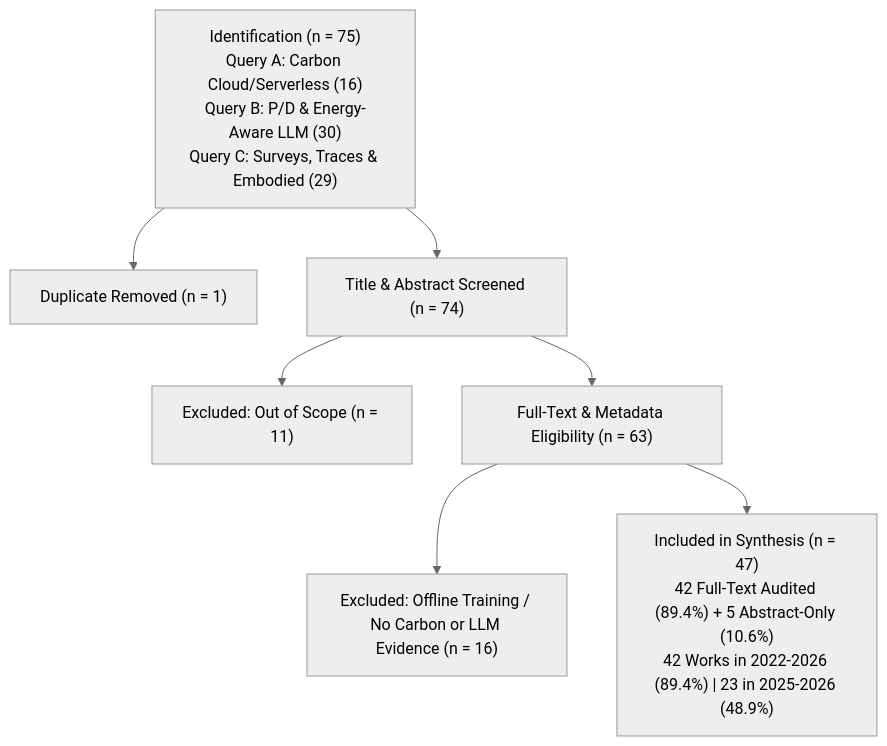
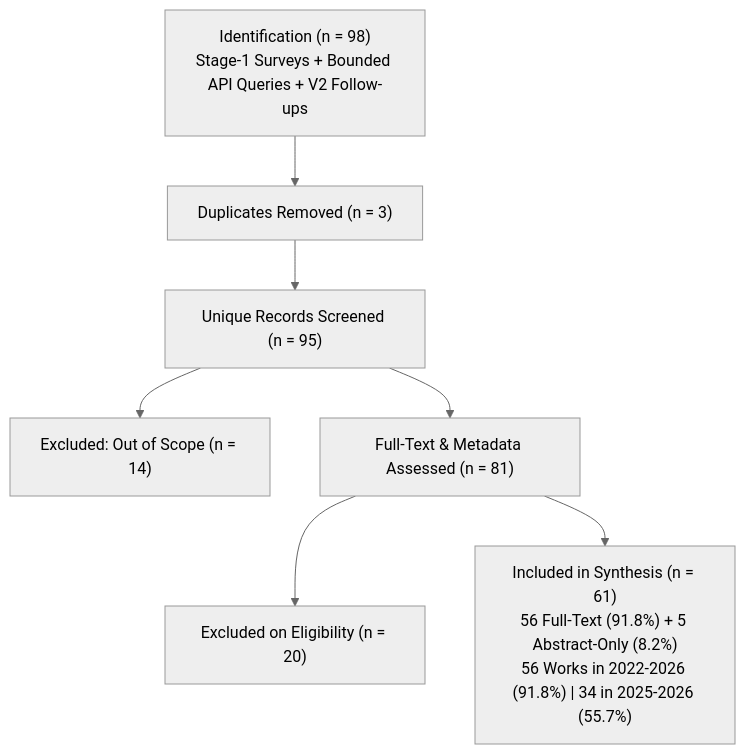
The second of 2 diagrams in README.md (UmarIqbal000/carbon-aware-llm-scheduling), drawn with Mermaid (neutral theme) before and after one commit. The commit also changed other lines of this file and 3 other files, not shown here.

````diff
--- a/README.md
+++ b/README.md
@@ -58,9 +58,9 @@
 ```mermaid
 flowchart TD
-    Q["Identification (n = 75)\nQuery A: Carbon Cloud/Serverless (16)\nQuery B: P/D & Energy-Aware LLM (30)\nQuery C: Surveys, Traces & Embodied (29)"] --> D["Duplicate Removed (n = 1)"]
-    Q --> S["Title & Abstract Screened (n = 74)"]
-    S --> EX1["Excluded: Out of Scope (n = 11)"]
-    S --> EL["Full-Text & Metadata Eligibility (n = 63)"]
-    EL --> EX2["Excluded: Offline Training / No Carbon or LLM Evidence (n = 16)"]
-    EL --> INC["Included in Synthesis (n = 47)\n42 Full-Text Audited (89.4%) + 5 Abstract-Only (10.6%)\n42 Works in 2022-2026 (89.4%) | 23 in 2025-2026 (48.9%)"]
+    Q["Identification (n = 98)\nStage-1 Surveys + Bounded API Queries + V2 Follow-ups"] --> D["Duplicates Removed (n = 3)"]
+    D --> S["Unique Records Screened (n = 95)"]
+    S --> EX1["Excluded: Out of Scope (n = 14)"]
+    S --> EL["Full-Text & Metadata Assessed (n = 81)"]
+    EL --> EX2["Excluded on Eligibility (n = 20)"]
+    EL --> INC["Included in Synthesis (n = 61)\n56 Full-Text (91.8%) + 5 Abstract-Only (8.2%)\n56 Works in 2022-2026 (91.8%) | 34 in 2025-2026 (55.7%)"]
 ```
````
